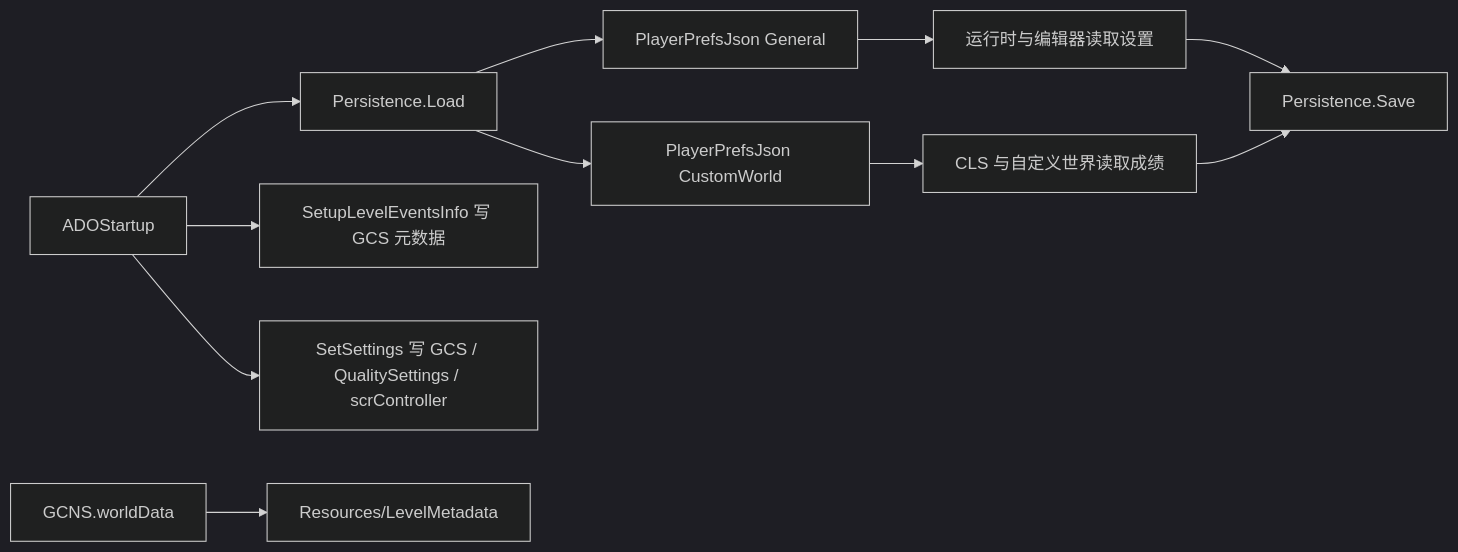
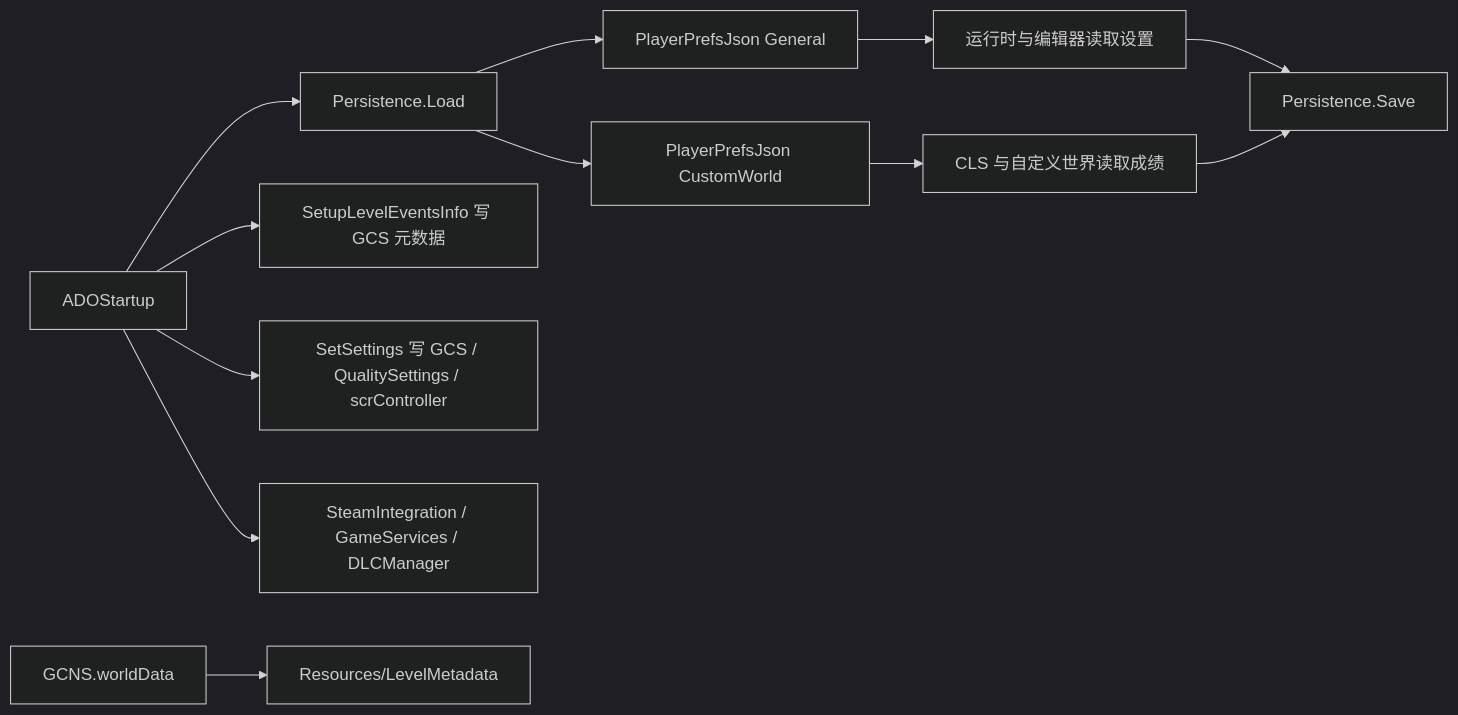
The diagram in adofai/docs/modules/platform-persistence-services.md (memsys-lizi/7thRhythmDocuments), drawn with Mermaid (dark theme) before and after one commit. The commit also changed other lines of this file and 6 other files, not shown here.

````diff
--- a/adofai/docs/modules/platform-persistence-services.md
+++ b/adofai/docs/modules/platform-persistence-services.md
@@ -15,13 +19,14 @@
 ```mermaid
 flowchart LR
   A["ADOStartup"] --> B["Persistence.Load"]
   A --> C["SetupLevelEventsInfo 写 GCS 元数据"]
   A --> D["SetSettings 写 GCS / QualitySettings / scrController"]
+  A --> S["SteamIntegration / GameServices / DLCManager"]
   B --> E["PlayerPrefsJson General"]
   B --> F["PlayerPrefsJson CustomWorld"]
   G["GCNS.worldData"] --> H["Resources/LevelMetadata"]
   E --> I["运行时与编辑器读取设置"]
   F --> J["CLS 与自定义世界读取成绩"]
   I --> K["Persistence.Save"]
   J --> K
 ```
````
